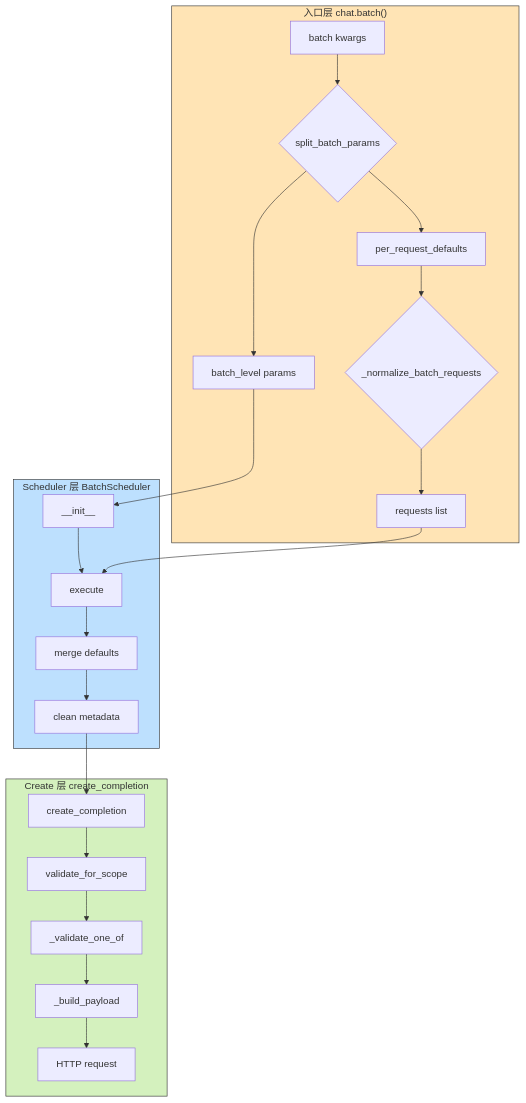
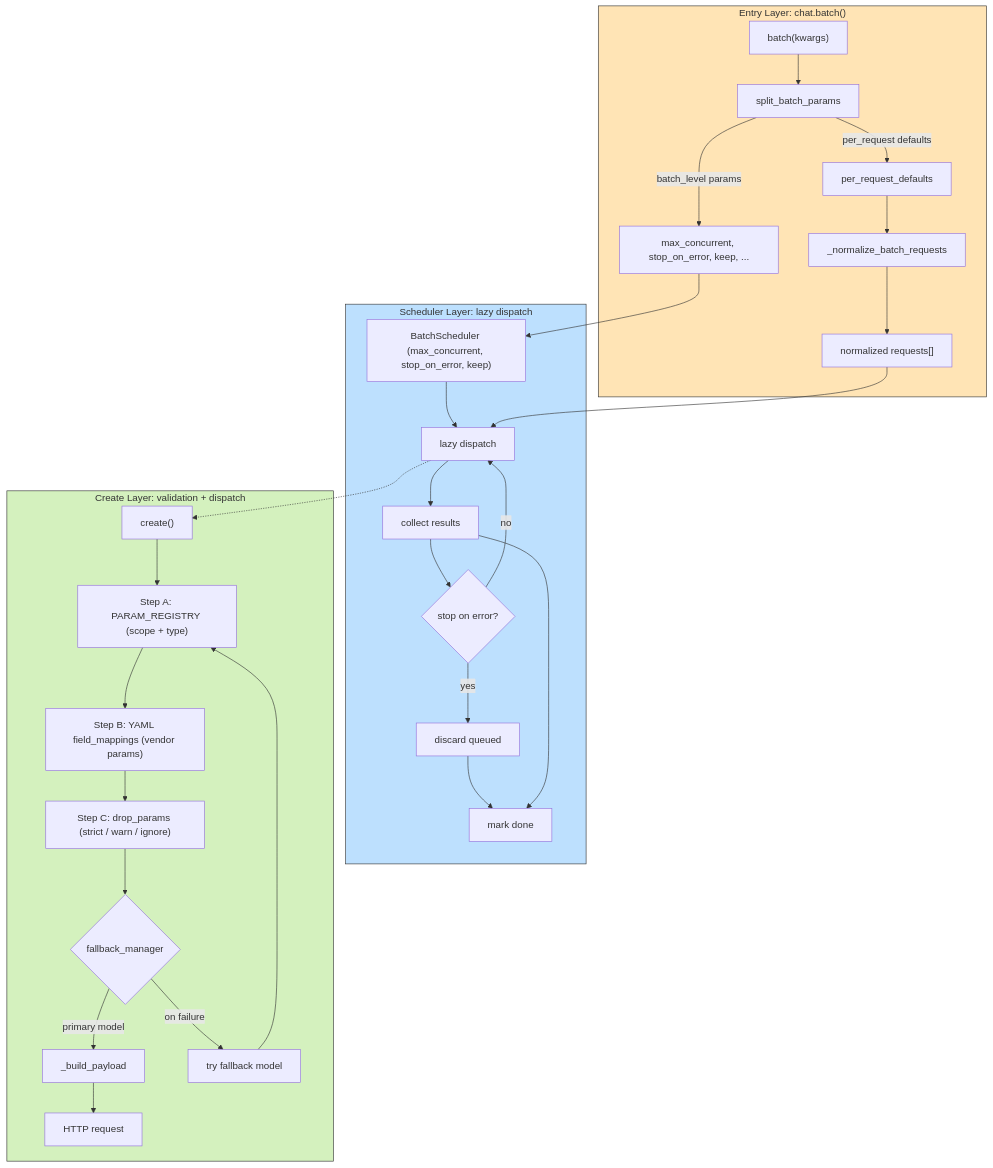
Before and after one commit to kanchengw/cnllm: the fourth of 8 diagrams in docs/ARCHITECTURE_en.md, drawn with Mermaid. The commit also changed other lines of this file and 22 other files, not shown here.

````diff
--- a/docs/ARCHITECTURE_en.md
+++ b/docs/ARCHITECTURE_en.md
@@ -423,31 +425,39 @@
 ```mermaid
 flowchart TB
-    subgraph entry["入口层 chat.batch()"]
-        K[batch kwargs] --> S{split_batch_params}
-        S --> B[batch_level params]
-        S --> P[per_request_defaults]
-        P --> N{_normalize_batch_requests}
-        N --> O[requests list]
+    subgraph entry["Entry Layer: chat.batch()"]
+        K["batch(kwargs)"] --> S["split_batch_params"]
+        S -->|"batch_level params"| B["max_concurrent, stop_on_error, keep, ..."]
+        S -->|"per_request defaults"| P[per_request_defaults]
+        P --> N["_normalize_batch_requests"]
+        N --> O["normalized requests[]"]
     end
 
-    subgraph sched["Scheduler 层 BatchScheduler"]
-        I[__init__] --> E[execute]
-        E --> M[merge defaults]
-        M --> C[clean metadata]
+    subgraph sched["Scheduler Layer: lazy dispatch"]
+        I["BatchScheduler (max_concurrent, stop_on_error, keep)"] --> L["lazy dispatch"]
+        L --> C["collect results"]
+        C --> D{"stop on error?"}
+        D -->|"yes"| X["discard queued"]
+        D -->|"no"| L
+        X --> M["mark done"]
+        C --> M
     end
 
-    subgraph create["Create 层 create_completion"]
-        CR[create_completion] --> V[validate_for_scope]
-        V --> O1[_validate_one_of]
-        O1 --> BP[_build_payload]
-        BP --> H[HTTP request]
+    subgraph create["Create Layer: validation + dispatch"]
+        CR["create()"] --> V1["Step A: PARAM_REGISTRY (scope + type)"]
+        V1 --> V2["Step B: YAML field_mappings (vendor params)"]
+        V2 --> V3["Step C: drop_params (strict / warn / ignore)"]
+        V3 --> FB{"fallback_manager"}
+        FB -->|"primary model"| BP["_build_payload"]
+        BP --> H["HTTP request"]
+        FB -->|"on failure"| F1["try fallback model"]
+        F1 --> V1
     end
 
-    O --> E
+    O --> L
     B --> I
-    C --> CR
+    L -.-> CR
 
     style entry fill:#ffe4b5,stroke:#333,stroke-width:1px
     style sched fill:#bde0fe,stroke:#333,stroke-width:1px
     style create fill:#d4f1be,stroke:#333,stroke-width:1px
 ```
````
